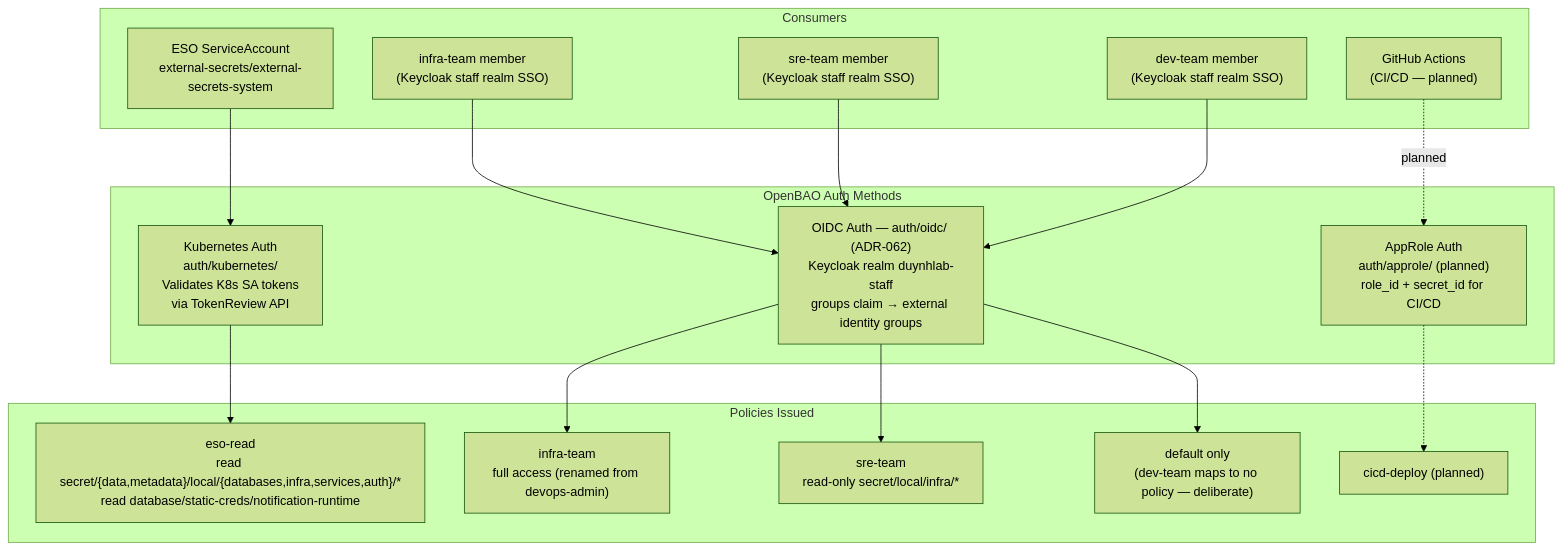
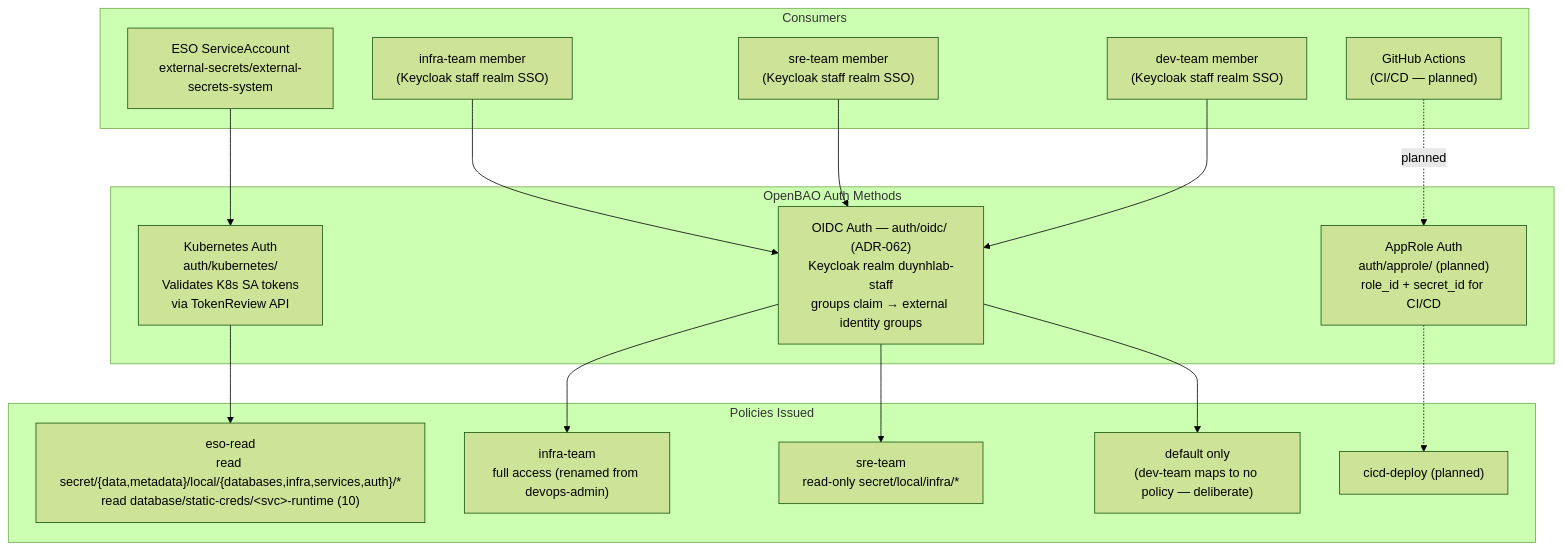
Before and after one commit to duynhlab/homelab: the fifth of 19 diagrams in docs/secrets/openbao.md, drawn with Mermaid (forest theme). The commit also changed other lines of this file and 92 other files, not shown here.

First line of the commit message:
Finalise ADR-089 and refresh database diagrams (#1337)

````diff
--- a/docs/secrets/openbao.md
+++ b/docs/secrets/openbao.md
@@ -305,30 +305,30 @@
 ```mermaid
 flowchart TD
     subgraph consumers["Consumers"]
         eso_sa["ESO ServiceAccount\nexternal-secrets/external-secrets-system"]
         infra["infra-team member\n(Keycloak staff realm SSO)"]
         sre["sre-team member\n(Keycloak staff realm SSO)"]
         devx["dev-team member\n(Keycloak staff realm SSO)"]
         gha["GitHub Actions\n(CI/CD — planned)"]
     end
 
     subgraph authmethods["OpenBAO Auth Methods"]
         k8sauth["Kubernetes Auth\nauth/kubernetes/\nValidates K8s SA tokens\nvia TokenReview API"]
         oidcauth["OIDC Auth — auth/oidc/ (ADR-062)\nKeycloak realm duynhlab-staff\ngroups claim → external identity groups"]
         approlauth["AppRole Auth\nauth/approle/ (planned)\nrole_id + secret_id for CI/CD"]
     end
 
     subgraph policies["Policies Issued"]
-        p_eso["eso-read\nread secret/{data,metadata}/local/{databases,infra,services,auth}/*\nread database/static-creds/notification-runtime"]
+        p_eso["eso-read\nread secret/{data,metadata}/local/{databases,infra,services,auth}/*\nread database/static-creds/&lt;svc&gt;-runtime (10)"]
         p_infra["infra-team\nfull access (renamed from devops-admin)"]
         p_sre["sre-team\nread-only secret/local/infra/*"]
         p_default["default only\n(dev-team maps to no policy — deliberate)"]
         p_cicd["cicd-deploy (planned)"]
     end
 
     eso_sa --> k8sauth --> p_eso
     infra --> oidcauth --> p_infra
     sre --> oidcauth --> p_sre
     devx --> oidcauth --> p_default
     gha -.->|"planned"| approlauth -.-> p_cicd
 ```
````
